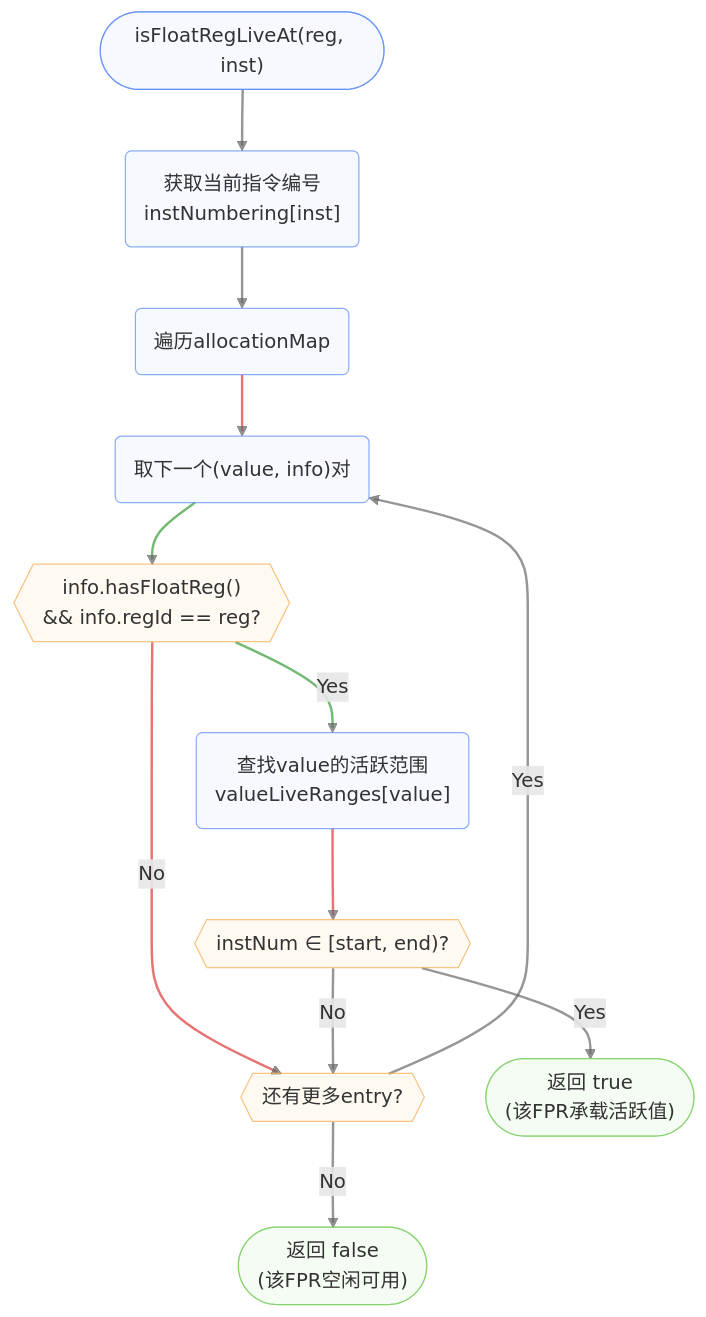
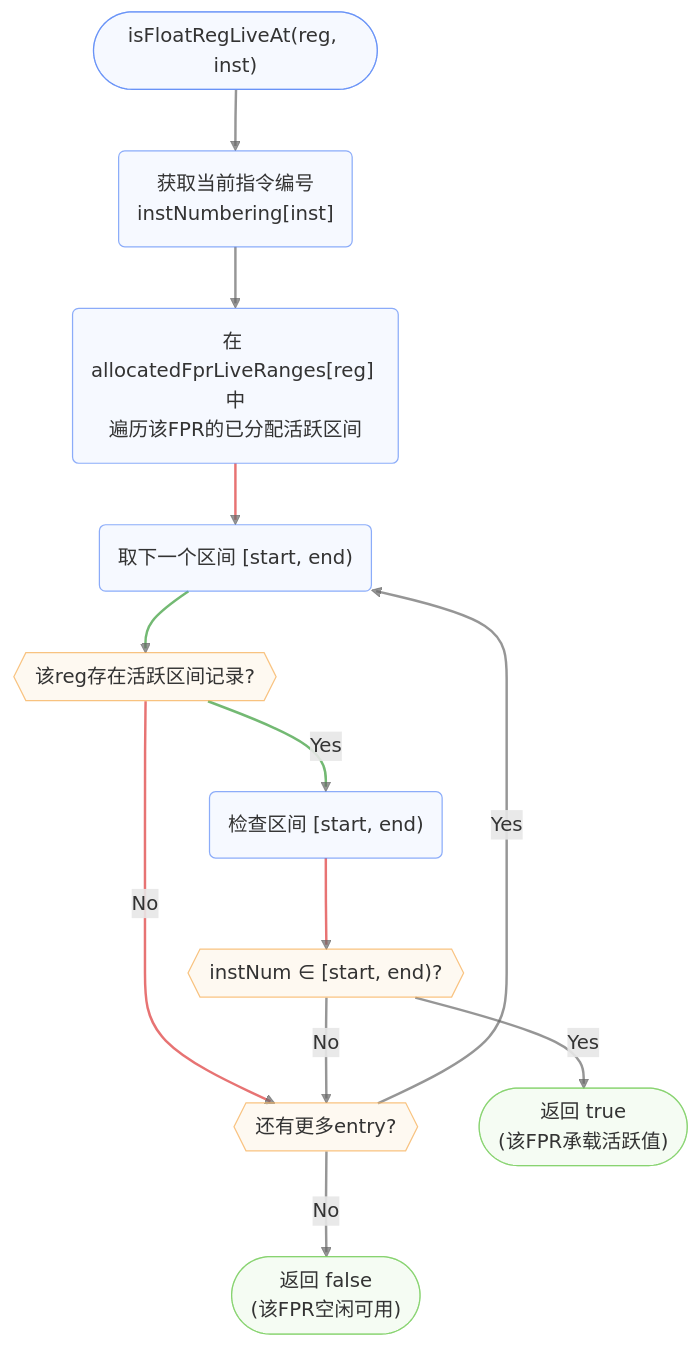
The tenth of 12 diagrams in docs/backend-fpregalloc.md (LLLLLLLLazy/compiler-lite), drawn with Mermaid before and after one commit. The commit also changed other lines of this file and 9 other files, not shown here.

````diff
--- a/docs/backend-fpregalloc.md
+++ b/docs/backend-fpregalloc.md
@@ -341,34 +341,34 @@
 ```mermaid
 flowchart TD
     Start(["isFloatRegLiveAt(reg, inst)"]) --> GetInstNum("获取当前指令编号<br>instNumbering[inst]")
 
-    GetInstNum --> IterMap("遍历allocationMap")
-    IterMap --> NextEntry("取下一个(value, info)对")
-    NextEntry --> FloatRegCheck{{"info.hasFloatReg()<br>&& info.regId == reg?"}}
+    GetInstNum --> IterMap("在 allocatedFprLiveRanges[reg] 中<br>遍历该FPR的已分配活跃区间")
+    IterMap --> NextEntry("取下一个区间 [start, end)")
+    NextEntry --> FloatRegCheck{{"该reg存在活跃区间记录?"}}
 
     FloatRegCheck -- "No" --> MoreCheck
-    FloatRegCheck -- "Yes" --> FindRange("查找value的活跃范围<br>valueLiveRanges[value]")
+    FloatRegCheck -- "Yes" --> FindRange("检查区间 [start, end)")
 
     FindRange --> InRange{{"instNum ∈ [start, end)?"}}
     InRange -- "Yes" --> Live(["返回 true<br>(该FPR承载活跃值)"])
     InRange -- "No" --> MoreCheck{{"还有更多entry?"}}
 
     MoreCheck -- "Yes" --> NextEntry
     MoreCheck -- "No" --> NotLive(["返回 false<br>(该FPR空闲可用)"])
 
     %%Node styles
     classDef default fill:#E2EAFE4F,stroke:#5A88F6AF
     classDef endNode fill:#DDF4D84F,stroke:#7DCF62AF
     classDef decisionNode fill:#FCEBD34f,stroke:#F6AA4BAF
 
     %%Link styles
     linkStyle default stroke:#666666AF,stroke-width:2px
     linkStyle 2 stroke:#DD3333AF,stroke-width:2px
     linkStyle 3 stroke:#339933AF,stroke-width:2px
     linkStyle 5 stroke:#339933AF,stroke-width:2px
     linkStyle 4,6 stroke:#DD3333AF,stroke-width:2px
 
     %%Node classes
     class Live,NotLive endNode
     class FloatRegCheck,InRange,MoreCheck decisionNode
 ```
````
